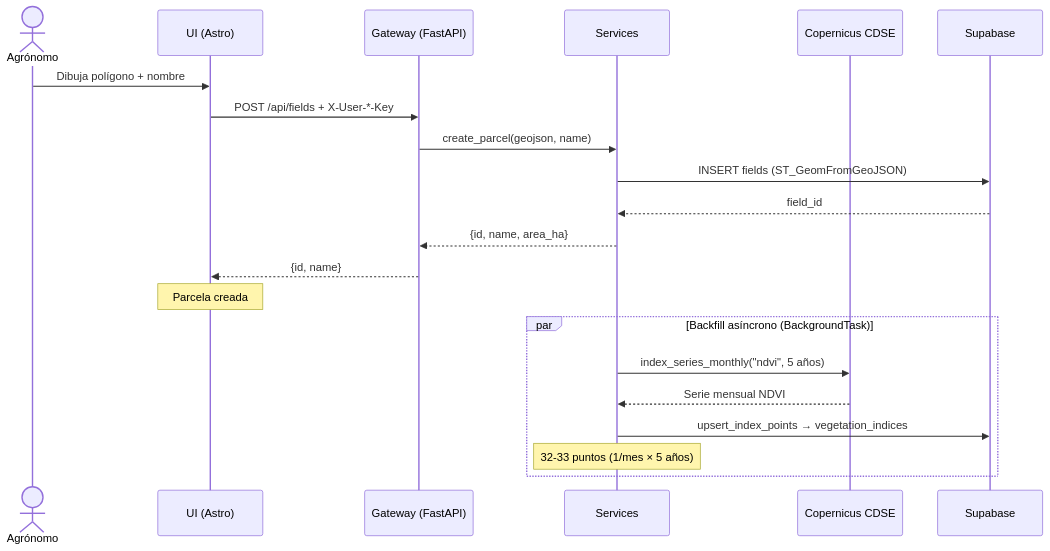
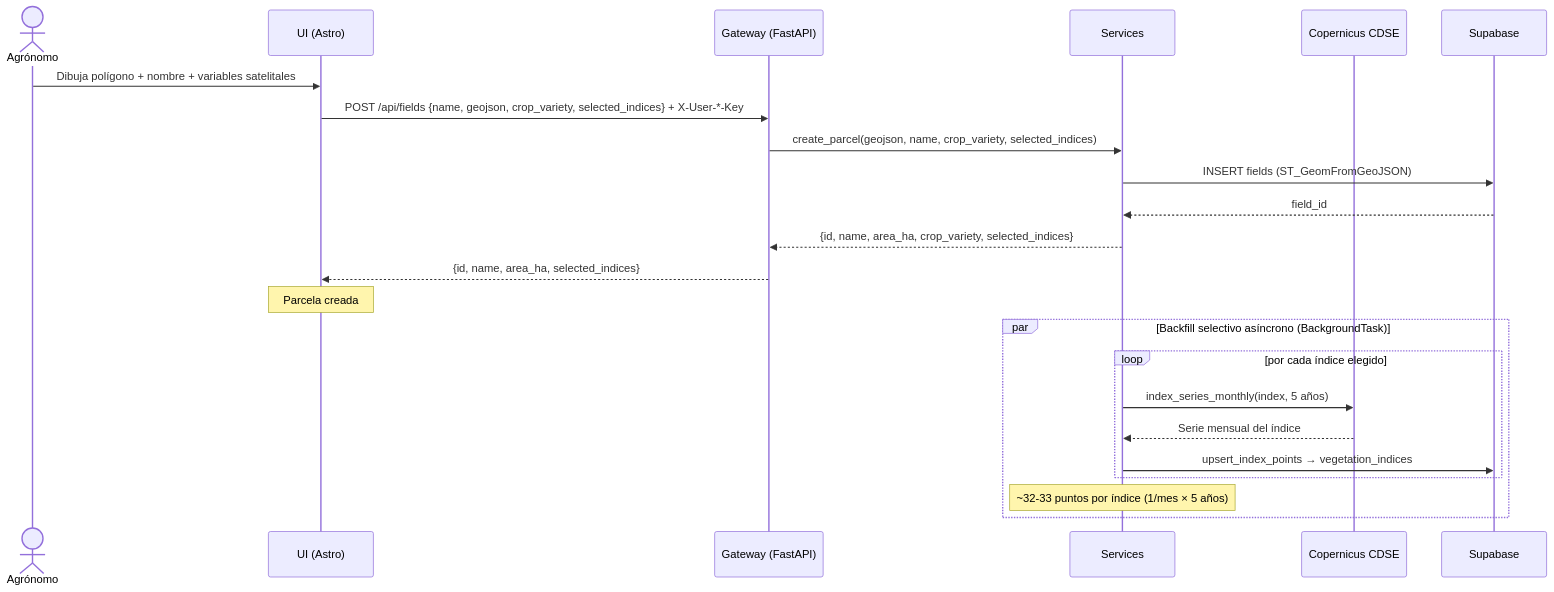
One commit to AlexPrietoRomani/AgroVision changed the fifth of 12 diagrams in docs/architect/architecture_agrovision.md. Above: the diagram before and after it, drawn with Mermaid. The commit also changed other lines of this file, not shown here.

````diff
--- a/docs/architect/architecture_agrovision.md
+++ b/docs/architect/architecture_agrovision.md
@@ -269,24 +280,26 @@
 ```mermaid
 sequenceDiagram
     actor U as Agrónomo
     participant C as UI (Astro)
     participant G as Gateway (FastAPI)
     participant S as Services
     participant COP as Copernicus CDSE
     participant DB as Supabase
 
-    U->>C: Dibuja polígono + nombre
-    C->>G: POST /api/fields + X-User-*-Key
-    G->>S: create_parcel(geojson, name)
+    U->>C: Dibuja polígono + nombre + variables satelitales
+    C->>G: POST /api/fields {name, geojson, crop_variety, selected_indices} + X-User-*-Key
+    G->>S: create_parcel(geojson, name, crop_variety, selected_indices)
     S->>DB: INSERT fields (ST_GeomFromGeoJSON)
     DB-->>S: field_id
-    S-->>G: {id, name, area_ha}
-    G-->>C: {id, name}
+    S-->>G: {id, name, area_ha, crop_variety, selected_indices}
+    G-->>C: {id, name, area_ha, selected_indices}
     Note over C: Parcela creada
-    par Backfill asíncrono (BackgroundTask)
-        S->>COP: index_series_monthly("ndvi", 5 años)
-        COP-->>S: Serie mensual NDVI
-        S->>DB: upsert_index_points → vegetation_indices
-        Note over S: 32-33 puntos (1/mes × 5 años)
+    par Backfill selectivo asíncrono (BackgroundTask)
+        loop por cada índice elegido
+            S->>COP: index_series_monthly(index, 5 años)
+            COP-->>S: Serie mensual del índice
+            S->>DB: upsert_index_points → vegetation_indices
+        end
+        Note over S: ~32-33 puntos por índice (1/mes × 5 años)
     end
 ```
````
